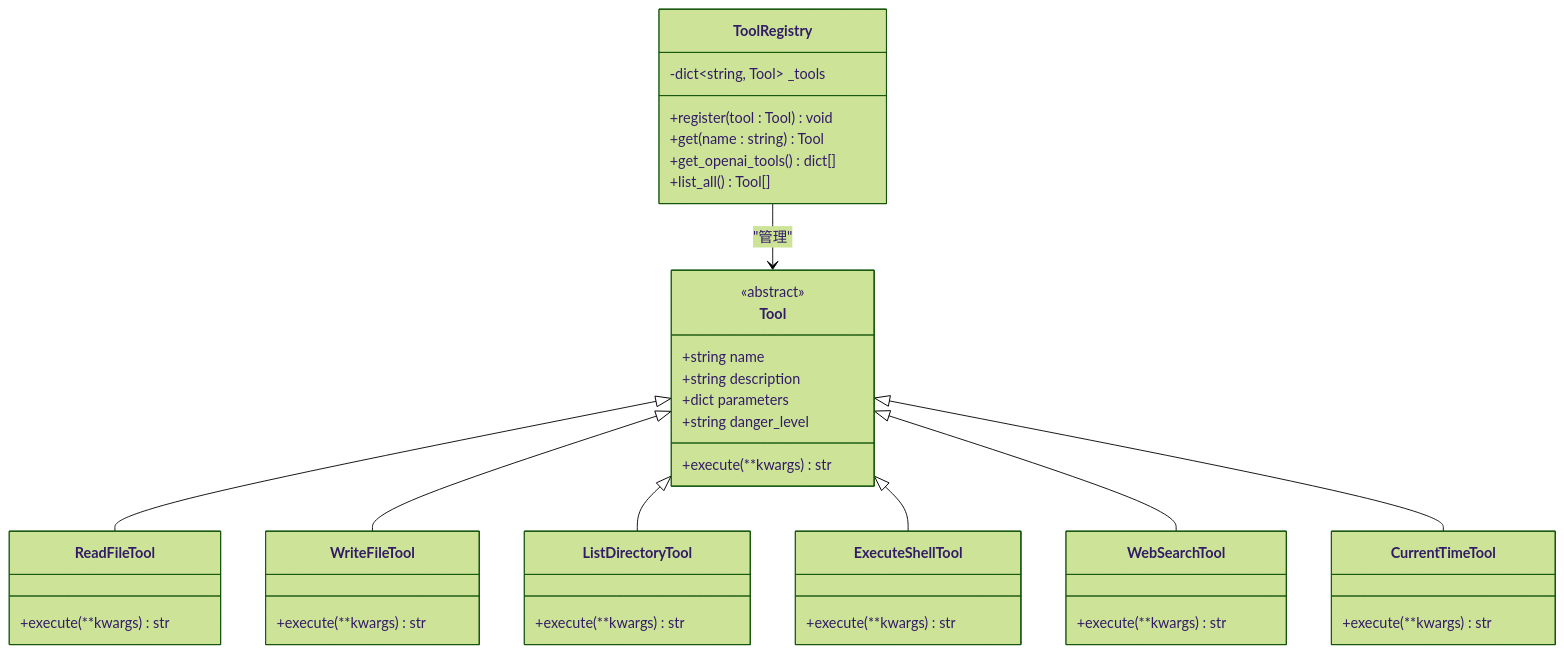
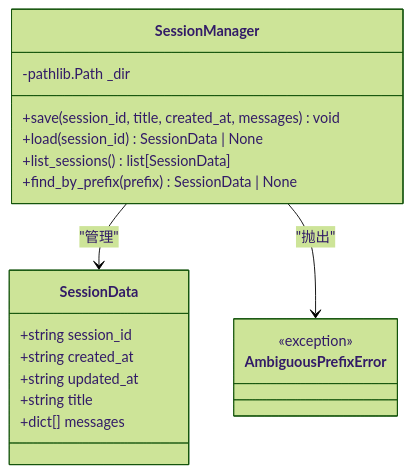
Before and after one commit to 250shiwo/MySmallAgent: the eighth of 11 diagrams in .qoder/repowiki/zh/content/核心模块详解/Agent 对话循环.md, drawn with Mermaid (forest theme). The commit also changed other lines of this file and 34 other files, not shown here.

````diff
--- a/.qoder/repowiki/zh/content/核心模块详解/Agent 对话循环.md
+++ b/.qoder/repowiki/zh/content/核心模块详解/Agent 对话循环.md
@@ -359,43 +432,22 @@
 ```mermaid
 classDiagram
-class Tool {
-<<abstract>>
-+string name
-+string description
-+dict parameters
-+string danger_level
-+execute(**kwargs) str
+class SessionData {
++string session_id
++string created_at
++string updated_at
++string title
++dict[] messages
 }
-class ToolRegistry {
--dict~string, Tool~ _tools
-+register(tool : Tool) void
-+get(name : string) Tool
-+get_openai_tools() dict[]
-+list_all() Tool[]
+class SessionManager {
+-pathlib.Path _dir
++save(session_id, title, created_at, messages) void
++load(session_id) SessionData | None
++list_sessions() list[SessionData]
++find_by_prefix(prefix) SessionData | None
 }
-class ReadFileTool {
-+execute(**kwargs) str
+class AmbiguousPrefixError {
+<<exception>>
 }
-class WriteFileTool {
-+execute(**kwargs) str
-}
-class ListDirectoryTool {
-+execute(**kwargs) str
-}
-class ExecuteShellTool {
-+execute(**kwargs) str
-}
-class WebSearchTool {
-+execute(**kwargs) str
-}
-class CurrentTimeTool {
-+execute(**kwargs) str
-}
-Tool <|-- ReadFileTool
-Tool <|-- WriteFileTool
-Tool <|-- ListDirectoryTool
-Tool <|-- ExecuteShellTool
-Tool <|-- WebSearchTool
-Tool <|-- CurrentTimeTool
-ToolRegistry --> Tool : "管理"
+SessionManager --> SessionData : "管理"
+SessionManager --> AmbiguousPrefixError : "抛出"
 ```
````
